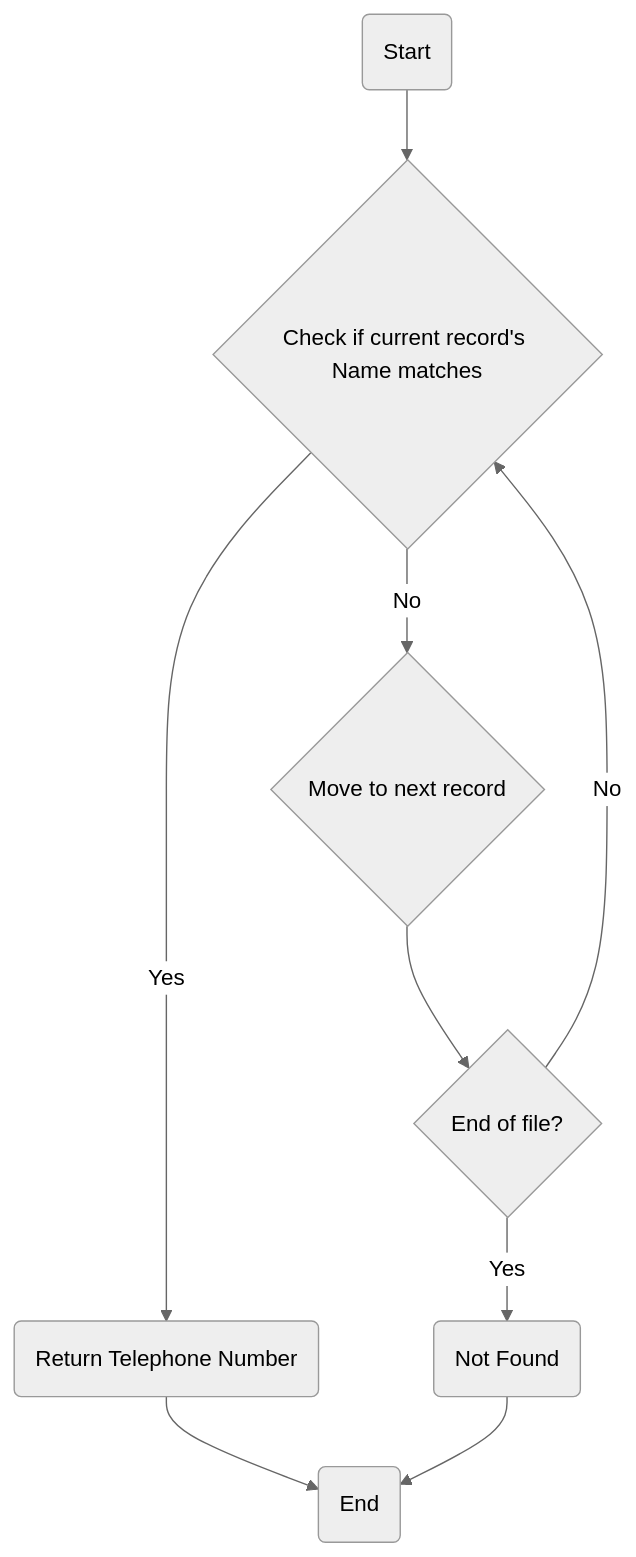
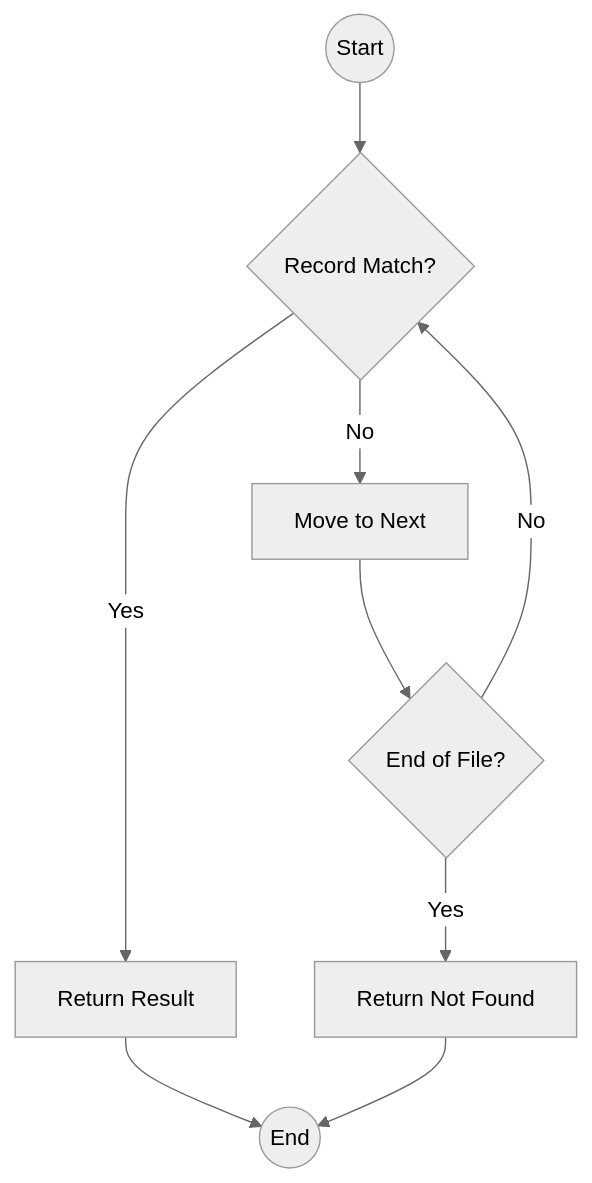
One commit to M-F-Tushar/CSE-2101-Data-Structure changed diagram 12 of 17 in Chapter 1 - Introduction and Overview /README.md. Above: the diagram before and after it, drawn with Mermaid (neutral theme). The commit also changed other lines of this file, not shown here.

````diff
--- a/Chapter 1 - Introduction and Overview /README.md
+++ b/Chapter 1 - Introduction and Overview /README.md
@@ -1062,11 +1104,12 @@
 ```mermaid
-graph TD;
-    A(Start) --> B{Check if current record's Name matches};
-    B -- Yes --> C(Return Telephone Number);
-    B -- No --> D{Move to next record};
-    D --> E{End of file?};
-    E -- No --> B;
-    E -- Yes --> F(Not Found);
-    C --> G(End);
-    F --> G(End);
+flowchart TD
+    Start((Start)) --> Check{Record Match?}
+    Check -- Yes --> Found[Return Result]
+    Found --> End((End))
+    
+    Check -- No --> Next[Move to Next]
+    Next --> EOF{End of File?}
+    EOF -- No --> Check
+    EOF -- Yes --> NotFound[Return Not Found]
+    NotFound --> End
 ```
````
